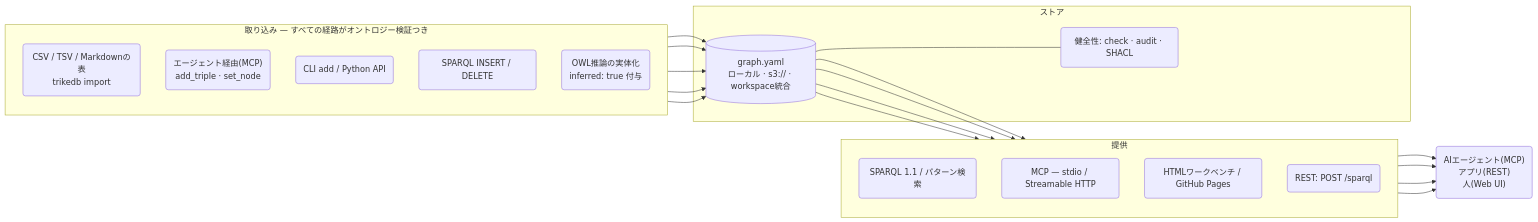
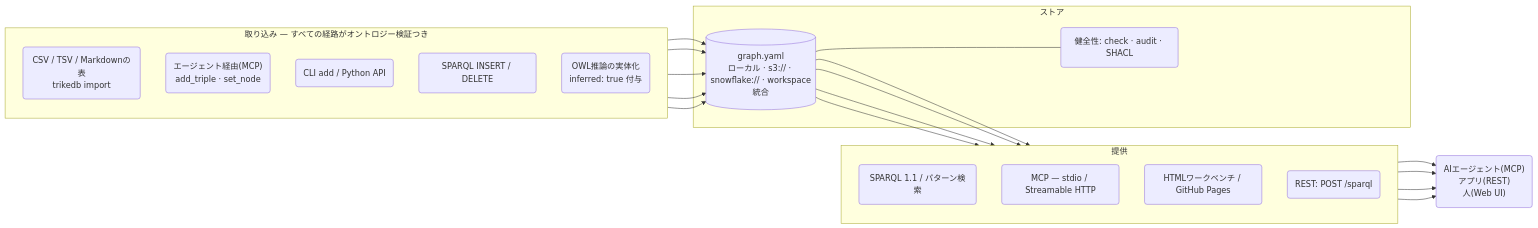
Before and after one commit to RyutoYoda/trikedb: the first of 2 diagrams in docs/REFERENCE_jp.md, drawn with Mermaid. The commit also changed other lines of this file and 11 other files, not shown here.

````diff
--- a/docs/REFERENCE_jp.md
+++ b/docs/REFERENCE_jp.md
@@ -9,41 +9,41 @@
 ```mermaid
 flowchart LR
     subgraph ingest["取り込み — すべての経路がオントロジー検証つき"]
         direction TB
         I1("CSV / TSV / Markdownの表<br/>trikedb import")
         I2("エージェント経由(MCP)<br/>add_triple · set_node")
         I3("CLI add / Python API")
         I4("SPARQL INSERT / DELETE")
         I5("OWL推論の実体化<br/>inferred: true 付与")
     end
 
     subgraph store["ストア"]
-        Y[("graph.yaml<br/>ローカル · s3:// · workspace統合")]
+        Y[("graph.yaml<br/>ローカル · s3:// · snowflake:// · workspace統合")]
         H("健全性: check · audit · SHACL")
     end
 
     subgraph serve["提供"]
         direction TB
         S1("SPARQL 1.1 / パターン検索")
         S2("MCP — stdio / Streamable HTTP")
         S3("HTMLワークベンチ / GitHub Pages")
         S4("REST: POST /sparql")
     end
 
     C("AIエージェント(MCP)<br/>アプリ(REST)<br/>人(Web UI)")
 
     I1 --> Y
     I2 --> Y
     I3 --> Y
     I4 --> Y
     I5 --> Y
     Y --- H
     Y --> S1
     Y --> S2
     Y --> S3
     Y --> S4
     S1 --> C
     S2 --> C
     S3 --> C
     S4 --> C
 ```
````
